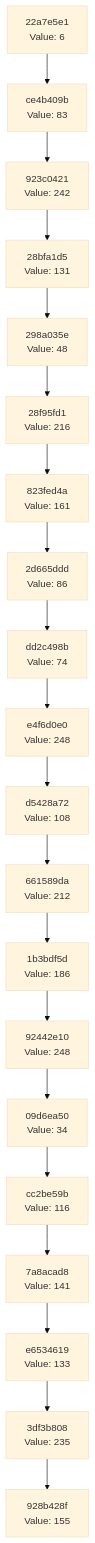
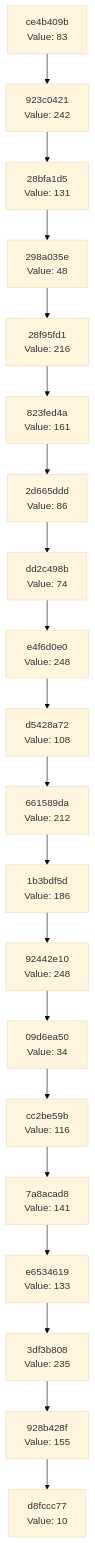
One commit to Abhisheksinha1506/hash-chain-evolver changed the diagram in docs/CHAIN_VISUALIZATION.md. Above: the diagram before and after it, drawn with Mermaid (base theme). The commit also changed 3 other files, not shown here.

````diff
--- a/docs/CHAIN_VISUALIZATION.md
+++ b/docs/CHAIN_VISUALIZATION.md
@@ -3,42 +3,42 @@
 ```mermaid
 graph TD
-    C0["928b428f<br/>Value: 155"]
-    C1["3df3b808<br/>Value: 235"]
+    C0["d8fccc77<br/>Value: 10"]
+    C1["928b428f<br/>Value: 155"]
     C1 --> C0
-    C2["e6534619<br/>Value: 133"]
+    C2["3df3b808<br/>Value: 235"]
     C2 --> C1
-    C3["7a8acad8<br/>Value: 141"]
+    C3["e6534619<br/>Value: 133"]
     C3 --> C2
-    C4["cc2be59b<br/>Value: 116"]
+    C4["7a8acad8<br/>Value: 141"]
     C4 --> C3
-    C5["09d6ea50<br/>Value: 34"]
+    C5["cc2be59b<br/>Value: 116"]
     C5 --> C4
-    C6["92442e10<br/>Value: 248"]
+    C6["09d6ea50<br/>Value: 34"]
     C6 --> C5
-    C7["1b3bdf5d<br/>Value: 186"]
+    C7["92442e10<br/>Value: 248"]
     C7 --> C6
-    C8["661589da<br/>Value: 212"]
+    C8["1b3bdf5d<br/>Value: 186"]
     C8 --> C7
-    C9["d5428a72<br/>Value: 108"]
+    C9["661589da<br/>Value: 212"]
     C9 --> C8
-    C10["e4f6d0e0<br/>Value: 248"]
+    C10["d5428a72<br/>Value: 108"]
     C10 --> C9
-    C11["dd2c498b<br/>Value: 74"]
+    C11["e4f6d0e0<br/>Value: 248"]
     C11 --> C10
-    C12["2d665ddd<br/>Value: 86"]
+    C12["dd2c498b<br/>Value: 74"]
     C12 --> C11
-    C13["823fed4a<br/>Value: 161"]
+    C13["2d665ddd<br/>Value: 86"]
     C13 --> C12
-    C14["28f95fd1<br/>Value: 216"]
+    C14["823fed4a<br/>Value: 161"]
     C14 --> C13
-    C15["298a035e<br/>Value: 48"]
+    C15["28f95fd1<br/>Value: 216"]
     C15 --> C14
-    C16["28bfa1d5<br/>Value: 131"]
+    C16["298a035e<br/>Value: 48"]
     C16 --> C15
-    C17["923c0421<br/>Value: 242"]
+    C17["28bfa1d5<br/>Value: 131"]
     C17 --> C16
-    C18["ce4b409b<br/>Value: 83"]
+    C18["923c0421<br/>Value: 242"]
     C18 --> C17
-    C19["22a7e5e1<br/>Value: 6"]
+    C19["ce4b409b<br/>Value: 83"]
     C19 --> C18
 ```
````
